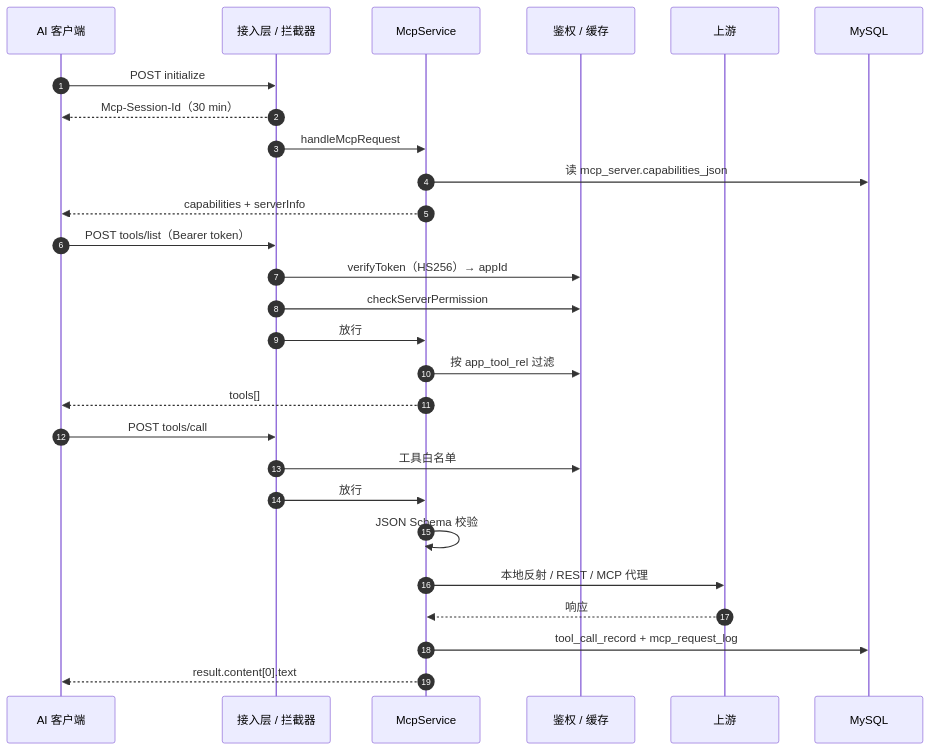
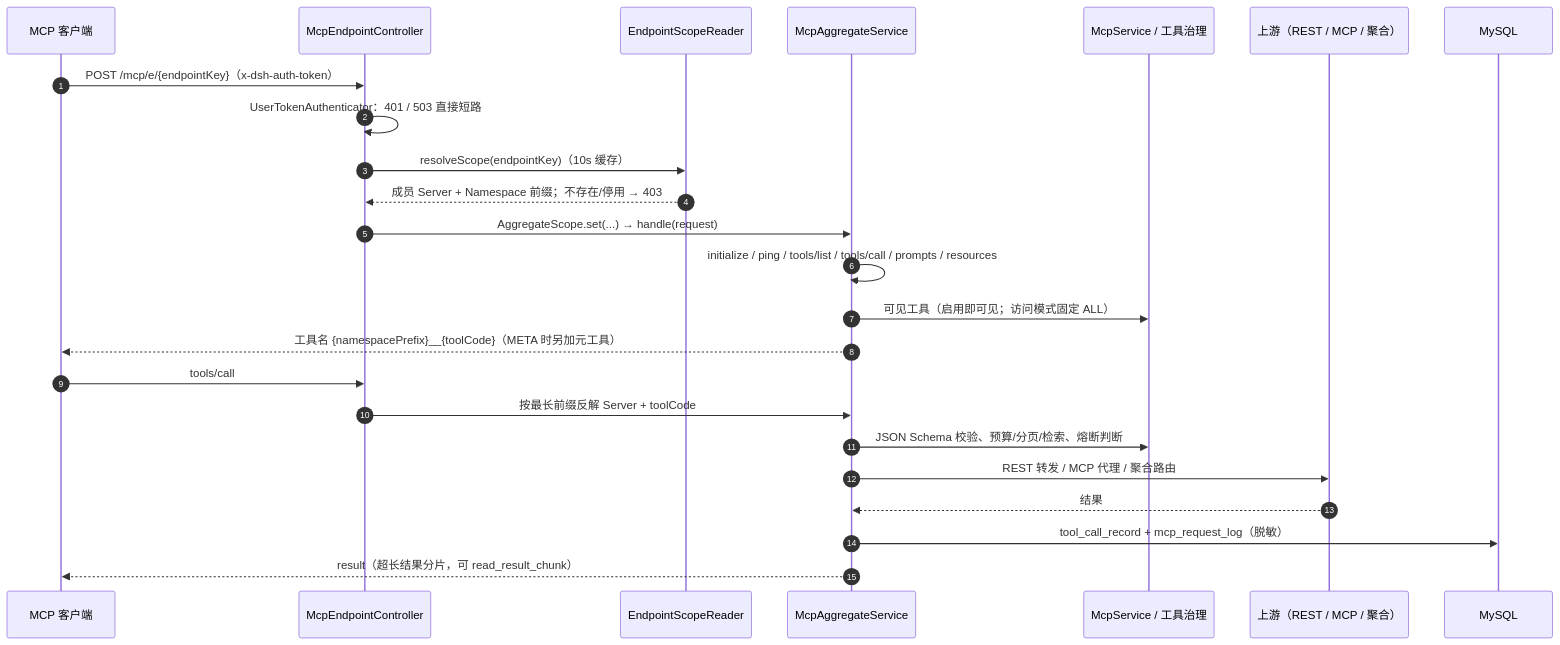
The first of 4 diagrams in docs/architecture/README.md (Lin00yi/MCP-Platform), drawn with Mermaid before and after one commit. The commit also changed other lines of this file and 10 other files, not shown here.

First line of the commit message:
fix(config/docs): 同步 OpenAPI 与启动自检修复；重写架构图册、补充历史表名说明

````diff
--- a/docs/architecture/README.md
+++ b/docs/architecture/README.md
@@ -114,32 +59,27 @@
 ```mermaid
 sequenceDiagram
   autonumber
-  participant C as AI 客户端
-  participant B as 接入层 / 拦截器
-  participant S as McpService
-  participant D as 鉴权 / 缓存
-  participant U as 上游
+  participant C as MCP 客户端
+  participant E as McpEndpointController
+  participant T as EndpointScopeReader
+  participant A as McpAggregateService
+  participant S as McpService / 工具治理
+  participant U as 上游（REST / MCP / 聚合）
   participant DB as MySQL
 
-  C->>B: POST initialize
-  B-->>C: Mcp-Session-Id（30 min）
-  B->>S: handleMcpRequest
-  S->>DB: 读 mcp_server.capabilities_json
-  S-->>C: capabilities + serverInfo
-
-  C->>B: POST tools/list（Bearer token）
-  B->>D: verifyToken（HS256）→ appId
-  B->>D: checkServerPermission
-  B->>S: 放行
-  S->>D: 按 app_tool_rel 过滤
-  S-->>C: tools[]
-
-  C->>B: POST tools/call
-  B->>D: 工具白名单
-  B->>S: 放行
-  S->>S: JSON Schema 校验
-  S->>U: 本地反射 / REST / MCP 代理
-  U-->>S: 响应
-  S->>DB: tool_call_record + mcp_request_log
-  S-->>C: result.content[0].text
+  C->>E: POST /mcp/e/{endpointKey}（x-dsh-auth-token）
+  E->>E: UserTokenAuthenticator：401 / 503 直接短路
+  E->>T: resolveScope(endpointKey)（10s 缓存）
+  T-->>E: 成员 Server + Namespace 前缀；不存在/停用 → 403
+  E->>A: AggregateScope.set(...) → handle(request)
+  A->>A: initialize / ping / tools/list / tools/call / prompts / resources
+  A->>S: 可见工具（启用即可见；访问模式固定 ALL）
+  A-->>C: 工具名 {namespacePrefix}__{toolCode}（META 时另加元工具）
+  C->>E: tools/call
+  E->>A: 按最长前缀反解 Server + toolCode
+  A->>S: JSON Schema 校验、预算/分页/检索、熔断判断
+  A->>U: REST 转发 / MCP 代理 / 聚合路由
+  U-->>A: 结果
+  A->>DB: tool_call_record + mcp_request_log（脱敏）
+  A-->>C: result（超长结果分片，可 read_result_chunk）
 ```
````
